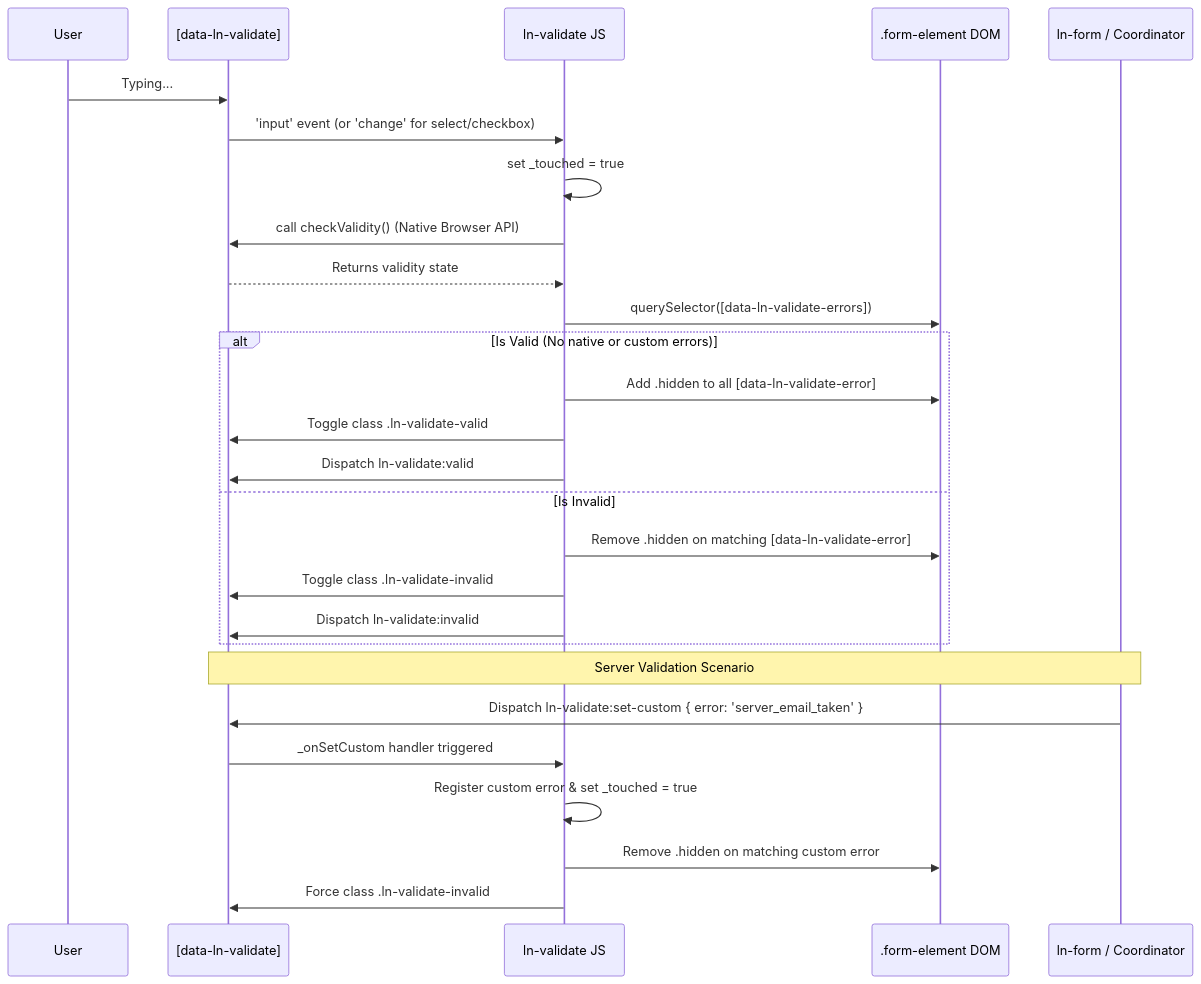
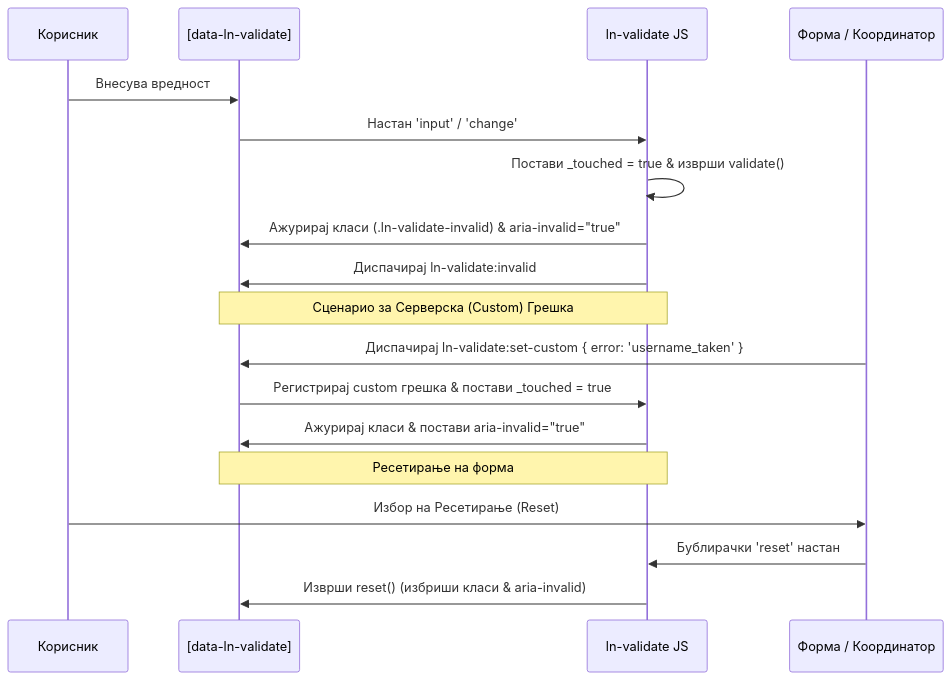
One commit to livenetworks/ln-ashlar changed the diagram in architecture_docs_draft/components/ln-validate.md. Above: the diagram before and after it, drawn with Mermaid. The commit also changed other lines of this file and 2 other files, not shown here.

Commit message:
docs & feat(ln-validate): audit component, add form reset handler, implement aria-invalid support & rewrite component docs

````diff
--- a/architecture_docs_draft/components/ln-validate.md
+++ b/architecture_docs_draft/components/ln-validate.md
@@ -136,34 +171,23 @@
 ```mermaid
 sequenceDiagram
-    participant User
+    participant User as Корисник
     participant Input as [data-ln-validate]
     participant Validate as ln-validate JS
-    participant DOM as .form-element DOM
-    participant Coord as ln-form / Coordinator
+    participant Form as Форма / Координатор
 
-    User->>Input: Typing...
-    Input->>Validate: 'input' event (or 'change' for select/checkbox)
-    Validate->>Validate: set _touched = true
-    Validate->>Input: call checkValidity() (Native Browser API)
-    Input-->>Validate: Returns validity state
-    
-    Validate->>DOM: querySelector([data-ln-validate-errors])
-    
-    alt Is Valid (No native or custom errors)
-        Validate->>DOM: Add .hidden to all [data-ln-validate-error]
-        Validate->>Input: Toggle class .ln-validate-valid
-        Validate->>Input: Dispatch ln-validate:valid
-    else Is Invalid
-        Validate->>DOM: Remove .hidden on matching [data-ln-validate-error]
-        Validate->>Input: Toggle class .ln-validate-invalid
-        Validate->>Input: Dispatch ln-validate:invalid
-    end
+    User->>Input: Внесува вредност
+    Input->>Validate: Настан 'input' / 'change'
+    Validate->>Validate: Постави _touched = true & изврши validate()
+    Validate->>Input: Ажурирај класи (.ln-validate-invalid) & aria-invalid="true"
+    Validate->>Input: Диспачирај ln-validate:invalid
 
-    Note over Input, Coord: Server Validation Scenario
-    
-    Coord->>Input: Dispatch ln-validate:set-custom { error: 'server_email_taken' }
-    Input->>Validate: _onSetCustom handler triggered
-    Validate->>Validate: Register custom error & set _touched = true
-    Validate->>DOM: Remove .hidden on matching custom error
-    Validate->>Input: Force class .ln-validate-invalid
+    Note over Input, Validate: Сценарио за Серверска (Custom) Грешка
+    Form->>Input: Диспачирај ln-validate:set-custom { error: 'username_taken' }
+    Input->>Validate: Регистрирај custom грешка & постави _touched = true
+    Validate->>Input: Ажурирај класи & постави aria-invalid="true"
+
+    Note over Input, Validate: Ресетирање на форма
+    User->>Form: Избор на Ресетирање (Reset)
+    Form->>Validate: Бублирачки 'reset' настан
+    Validate->>Input: Изврши reset() (избриши класи & aria-invalid)
 ```
````
